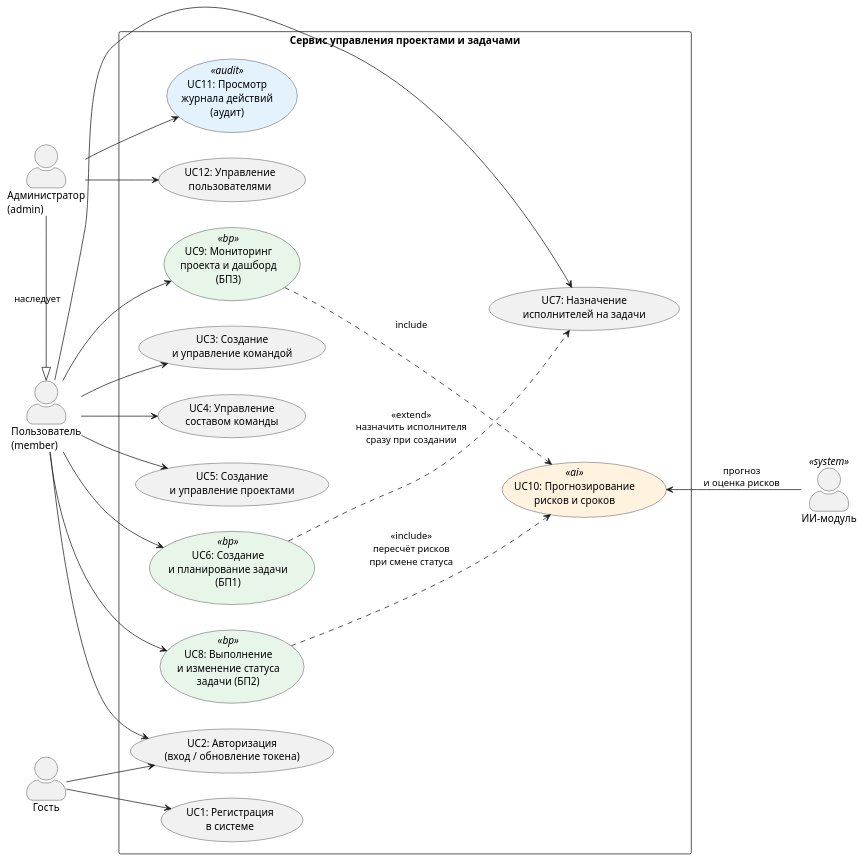
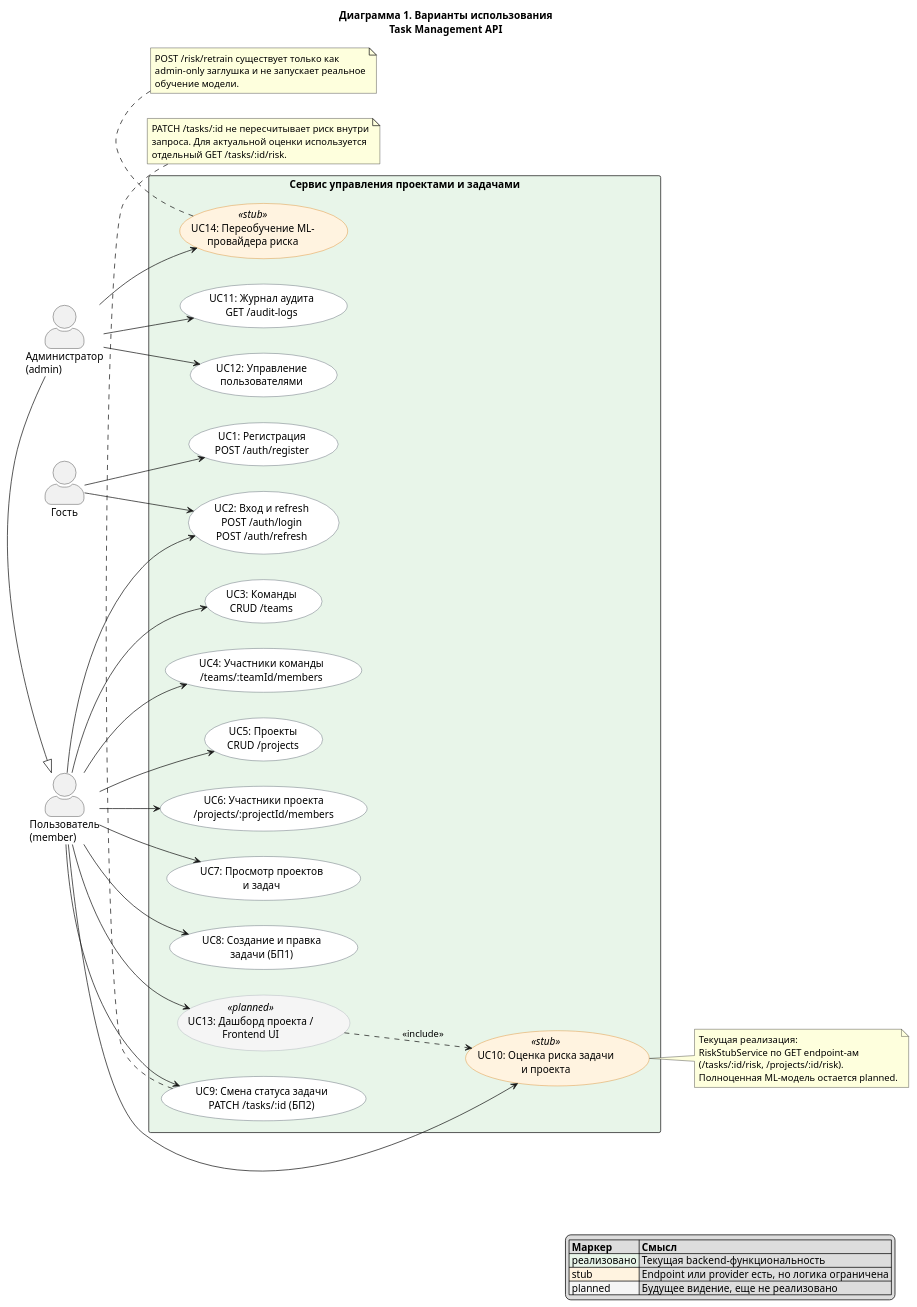
The diagram in Diag/1_use_case.puml (Rithmer/Orbitmanager), drawn with PlantUML before and after one commit. The commit also changed 7 other files, not shown here.

```diff
--- a/Diag/1_use_case.puml
+++ b/Diag/1_use_case.puml
@@ -1,81 +1,100 @@
 @startuml
 ' ============================================================
-' Диаграмма 1. Диаграмма вариантов использования
+' Диаграмма 1. Варианты использования
 ' Сервис управления проектами и задачами
 ' ============================================================
 
+title Диаграмма 1. Варианты использования\nTask Management API
+
+left to right direction
+skinparam shadowing false
 skinparam actorStyle awesome
 skinparam packageStyle rectangle
 skinparam usecase {
-  BackgroundColor<<bp>> #E8F5E9
-  BackgroundColor<<ai>> #FFF3E0
-  BackgroundColor<<audit>> #E3F2FD
+  BackgroundColor #FFFFFF
+  BorderColor #374151
+}
+skinparam usecase<<stub>> {
+  BackgroundColor #FFF3E0
+  BorderColor #D97706
+}
+skinparam usecase<<planned>> {
+  BackgroundColor #F5F5F5
+  BorderColor #9CA3AF
 }
 
-left to right direction
+legend right
+|= Маркер |= Смысл |
+|<#E8F5E9> реализовано | Текущая backend-функциональность |
+|<#FFF3E0> stub | Endpoint или provider есть, но логика ограничена |
+|<#F5F5F5> planned | Будущее видение, еще не реализовано |
+endlegend
 
-' --- Актёры ---
 actor "Гость" as Guest
 actor "Пользователь\n(member)" as User
 actor "Администратор\n(admin)" as Admin
-actor "ИИ-модуль" as AI <<system>>
 
-Admin -|> User : «наследует»
+Admin -|> User
 
-' --- Система ---
-rectangle "Сервис управления проектами и задачами" {
+rectangle "Сервис управления проектами и задачами" #E8F5E9 {
+  usecase "UC1: Регистрация\nPOST /auth/register" as UC1
+  usecase "UC2: Вход и refresh\nPOST /auth/login\nPOST /auth/refresh" as UC2
 
-  ' --- Аутентификация ---
-  usecase "UC1: Регистрация\nв системе" as UC1
-  usecase "UC2: Авторизация\n(вход / обновление токена)" as UC2
+  usecase "UC3: Команды\nCRUD /teams" as UC3
+  usecase "UC4: Участники команды\n/teams/:teamId/members" as UC4
 
-  ' --- Команды ---
-  usecase "UC3: Создание\nи управление командой" as UC3
-  usecase "UC4: Управление\nсоставом команды" as UC4
+  usecase "UC5: Проекты\nCRUD /projects" as UC5
+  usecase "UC6: Участники проекта\n/projects/:projectId/members" as UC6
 
-  ' --- Проекты ---
-  usecase "UC5: Создание\nи управление проектами" as UC5
+  usecase "UC7: Просмотр проектов\nи задач" as UC7
+  usecase "UC8: Создание и правка\nзадачи (БП1)" as UC8
+  usecase "UC9: Смена статуса задачи\nPATCH /tasks/:id (БП2)" as UC9
 
-  ' --- Задачи (бизнес-процессы) ---
-  usecase "UC6: Создание\nи планирование задачи\n(БП1)" as UC6 <<bp>>
-  usecase "UC7: Назначение\nисполнителей на задачи" as UC7
-  usecase "UC8: Выполнение\nи изменение статуса\nзадачи (БП2)" as UC8 <<bp>>
+  usecase "UC10: Оценка риска задачи\nи проекта" as UC10 <<stub>>
+  usecase "UC11: Журнал аудита\nGET /audit-logs" as UC11
+  usecase "UC12: Управление\nпользователями" as UC12
 
-  ' --- Мониторинг и ИИ ---
-  usecase "UC9: Мониторинг\nпроекта и дашборд\n(БП3)" as UC9 <<bp>>
-  usecase "UC10: Прогнозирование\nрисков и сроков" as UC10 <<ai>>
-
-  ' --- Аудит ---
-  usecase "UC11: Просмотр\nжурнала действий\n(аудит)" as UC11 <<audit>>
-
-  ' --- Администрирование ---
-  usecase "UC12: Управление\nпользователями" as UC12
+  usecase "UC13: Дашборд проекта /\nFrontend UI" as UC13 <<planned>>
+  usecase "UC14: Переобучение ML-\nпровайдера риска" as UC14 <<stub>>
 }
 
-' --- Связи: Гость ---
 Guest --> UC1
 Guest --> UC2
 
-' --- Связи: Пользователь ---
 User --> UC2
 User --> UC3
 User --> UC4
 User --> UC5
 User --> UC6
 User --> UC7
 User --> UC8
 User --> UC9
+User --> UC10
+User --> UC13
 
-' --- Связи: Администратор ---
 Admin --> UC11
 Admin --> UC12
+Admin --> UC14
 
-' --- Связи: ИИ-модуль ---
-UC9 ..> UC10 : «include»
-UC10 <-- AI : прогноз\nи оценка рисков
+UC13 ..> UC10 : <<include>>
 
-' --- Include / Extend ---
-UC6 ..> UC7 : «extend»\nназначить исполнителя\nсразу при создании
-UC8 ..> UC10 : «include»\nпересчёт рисков\nпри смене статуса
+note right of UC10
+  Текущая реализация:
+  RiskStubService по GET endpoint-ам
+  (/tasks/:id/risk, /projects/:id/risk).
+  Полноценная ML-модель остается planned.
+end note
+
+note bottom of UC9
+  PATCH /tasks/:id не пересчитывает риск внутри
+  запроса. Для актуальной оценки используется
+  отдельный GET /tasks/:id/risk.
+end note
+
+note bottom of UC14
+  POST /risk/retrain существует только как
+  admin-only заглушка и не запускает реальное
+  обучение модели.
+end note
 
 @enduml
```
